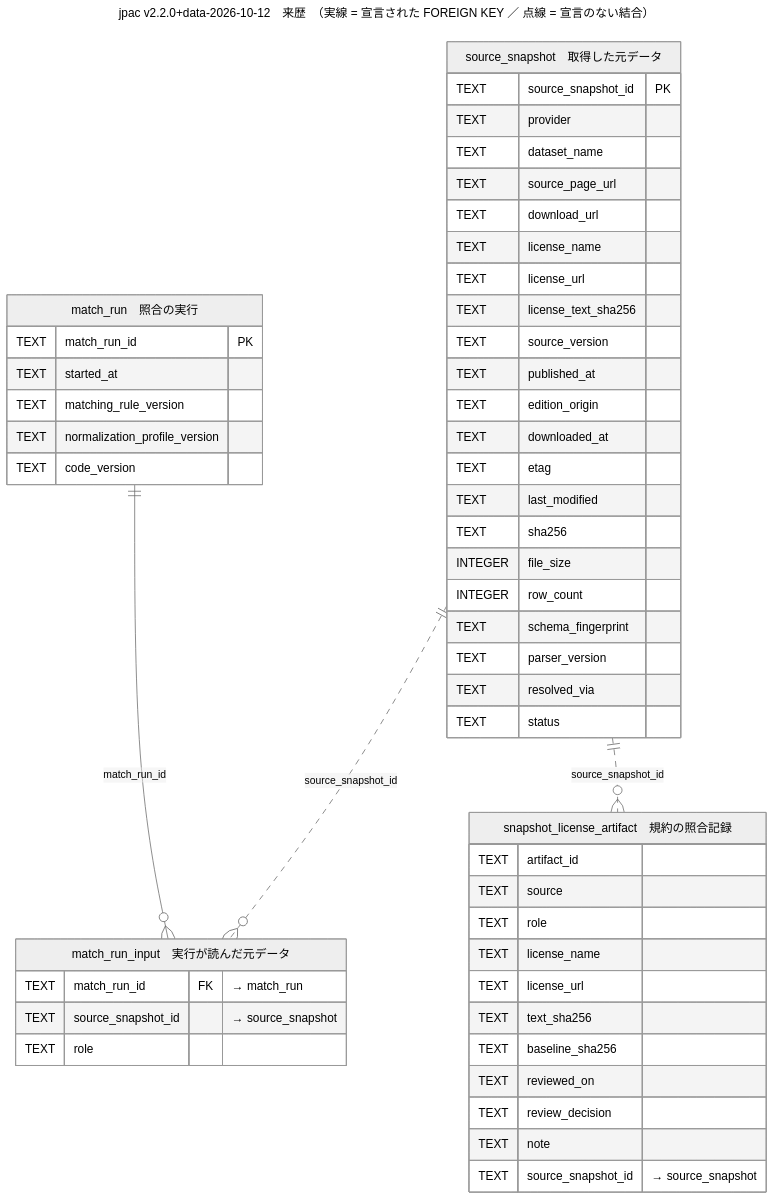
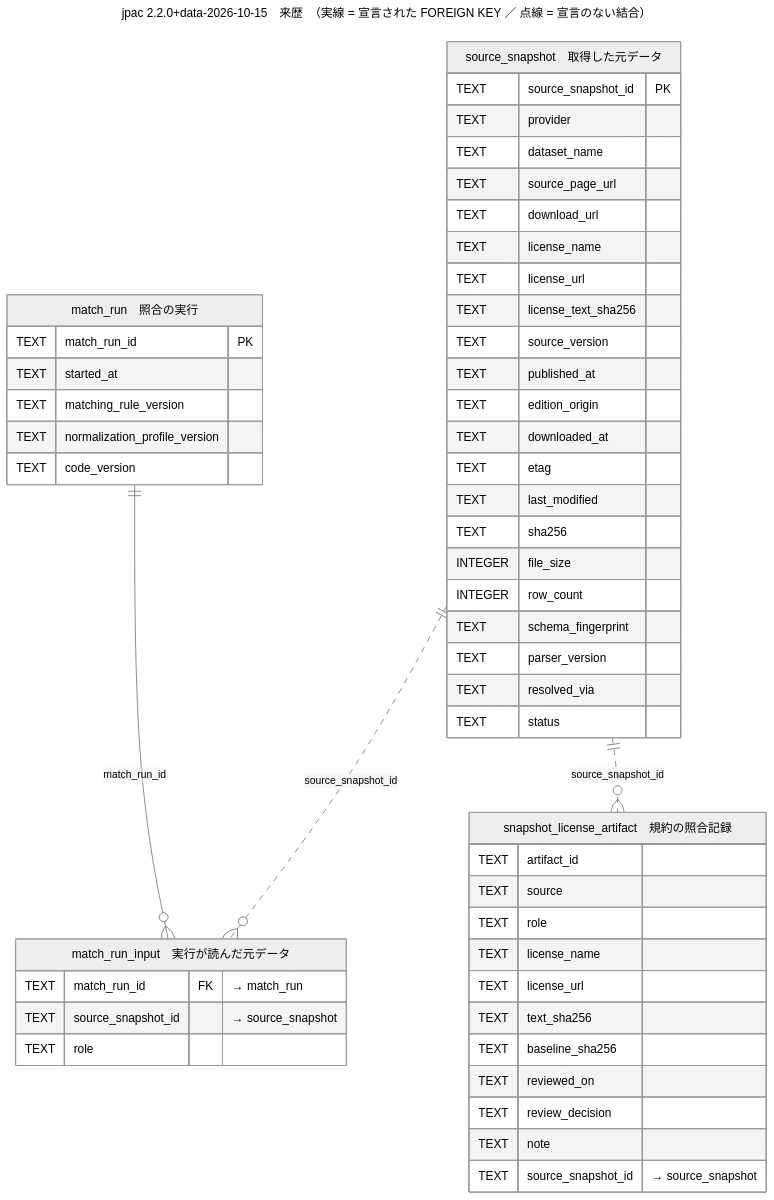
Before and after one commit to Retro-Maid/jpac: the diagram in docs/diagrams/er/06-provenance.mmd, drawn with Mermaid (neutral theme). The commit also changed 33 other files, not shown here.

```diff
--- a/docs/diagrams/er/06-provenance.mmd
+++ b/docs/diagrams/er/06-provenance.mmd
@@ -1,55 +1,55 @@
 ---
-title: jpac v2.2.0+data-2026-10-12　来歴　（実線 = 宣言された FOREIGN KEY ／ 点線 = 宣言のない結合）
+title: jpac 2.2.0+data-2026-10-15　来歴　（実線 = 宣言された FOREIGN KEY ／ 点線 = 宣言のない結合）
 ---
 erDiagram
   match_run ||--o{ match_run_input : "match_run_id"
   source_snapshot ||..o{ match_run_input : "source_snapshot_id"
   source_snapshot ||..o{ snapshot_license_artifact : "source_snapshot_id"
   source_snapshot["source_snapshot　取得した元データ"] {
     TEXT source_snapshot_id PK
     TEXT provider
     TEXT dataset_name
     TEXT source_page_url
     TEXT download_url
     TEXT license_name
     TEXT license_url
     TEXT license_text_sha256
     TEXT source_version
     TEXT published_at
     TEXT edition_origin
     TEXT downloaded_at
     TEXT etag
     TEXT last_modified
     TEXT sha256
     INTEGER file_size
     INTEGER row_count
     TEXT schema_fingerprint
     TEXT parser_version
     TEXT resolved_via
     TEXT status
   }
   snapshot_license_artifact["snapshot_license_artifact　規約の照合記録"] {
     TEXT artifact_id
     TEXT source
     TEXT role
     TEXT license_name
     TEXT license_url
     TEXT text_sha256
     TEXT baseline_sha256
     TEXT reviewed_on
     TEXT review_decision
     TEXT note
     TEXT source_snapshot_id  "→ source_snapshot"
   }
   match_run["match_run　照合の実行"] {
     TEXT match_run_id PK
     TEXT started_at
     TEXT matching_rule_version
     TEXT normalization_profile_version
     TEXT code_version
   }
   match_run_input["match_run_input　実行が読んだ元データ"] {
     TEXT match_run_id FK "→ match_run"
     TEXT source_snapshot_id  "→ source_snapshot"
     TEXT role
   }
```
